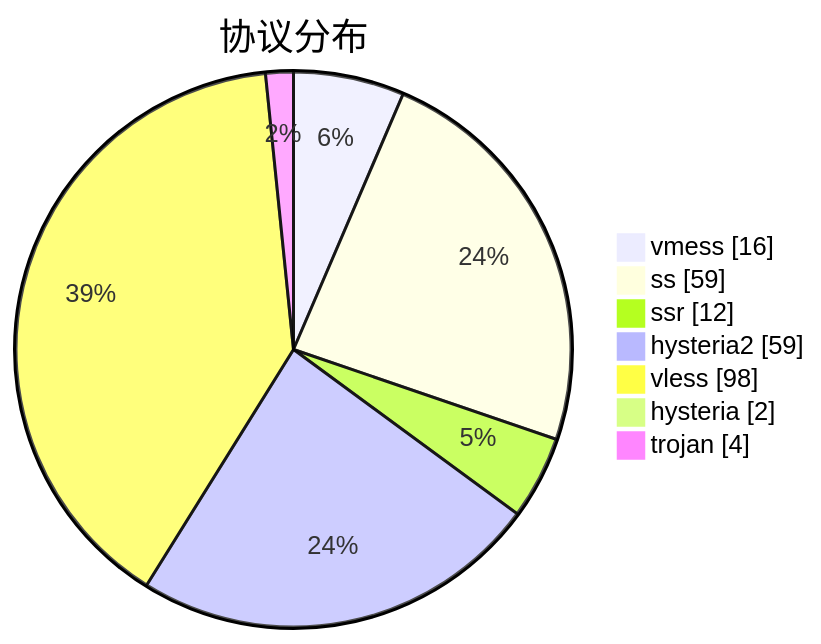
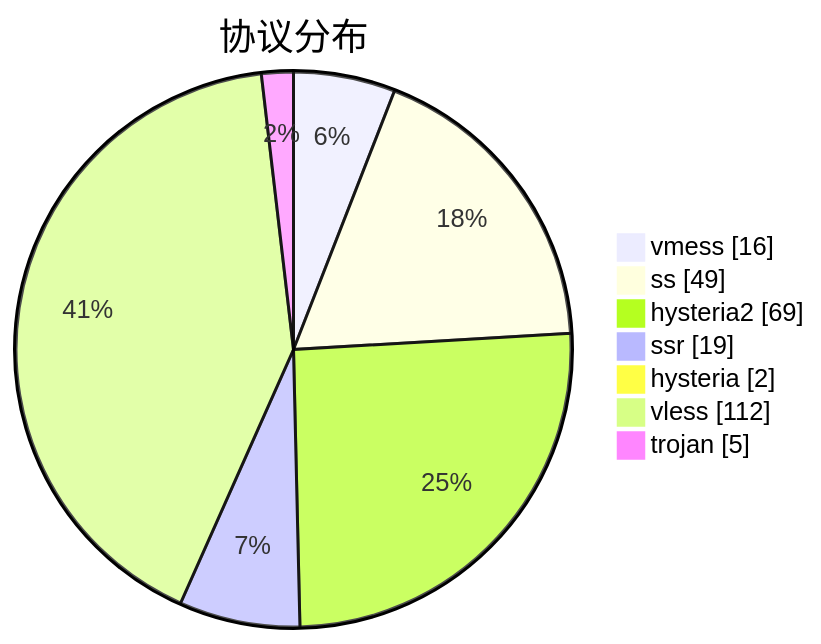
Before and after one commit to sinspired/airport: the third of 3 diagrams in subs/statistics/tested_within.md, drawn with Mermaid. The commit also changed other lines of this file and 2 other files, not shown here.

````diff
--- a/subs/statistics/tested_within.md
+++ b/subs/statistics/tested_within.md
@@ -47,11 +47,11 @@
 ```mermaid
 pie showData
 title 协议分布
 "vmess" : 16
-"ss" : 59
-"ssr" : 12
-"hysteria2" : 59
-"vless" : 98
+"ss" : 49
+"hysteria2" : 69
+"ssr" : 19
 "hysteria" : 2
-"trojan" : 4
+"vless" : 112
+"trojan" : 5
 ```
````
